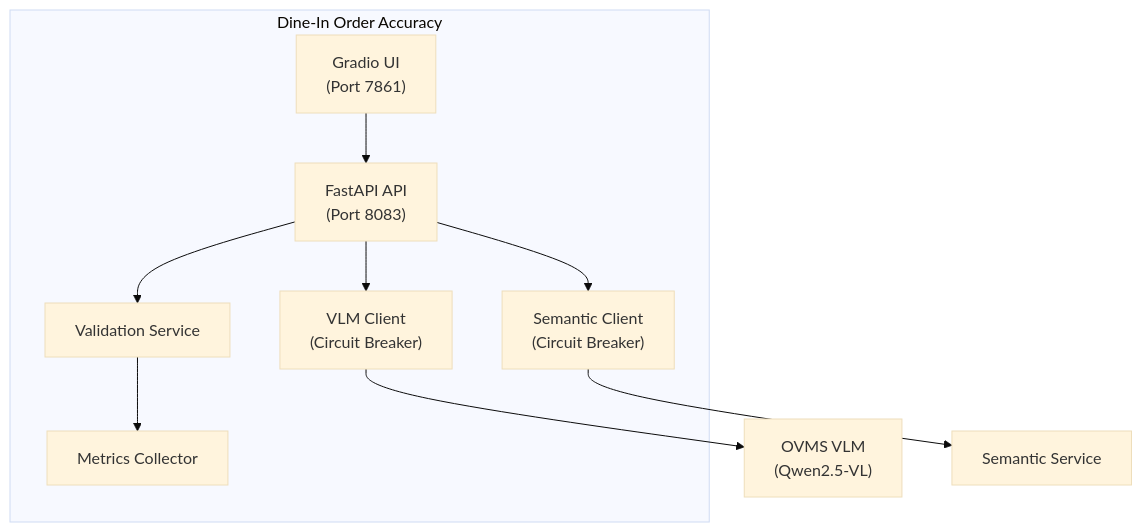
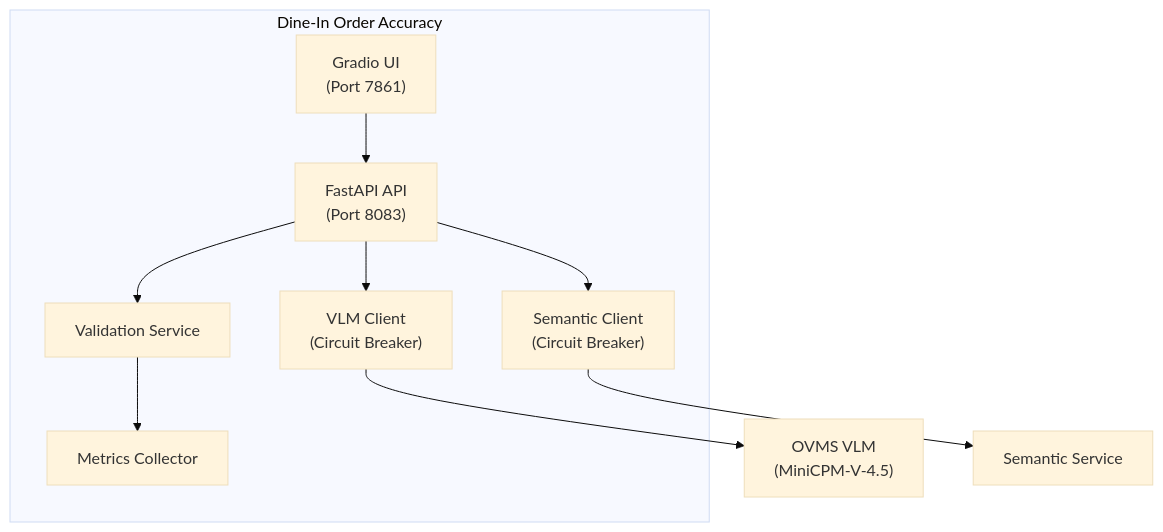
Before and after one commit to intel-retail/order-accuracy: the second of 4 diagrams in docs/user-guide/oa-how-it-works.md, drawn with Mermaid (base theme). The commit also changed other lines of this file and 28 other files, not shown here.

First line of the commit message:
feat(take-away): switch VLM to MiniCPM-V-4.5 INT4

````diff
--- a/docs/user-guide/oa-how-it-works.md
+++ b/docs/user-guide/oa-how-it-works.md
@@ -69,13 +69,13 @@
 ```mermaid
 flowchart TB
     subgraph DINEIN["Dine-In Order Accuracy"]
         DUI["Gradio UI<br/>(Port 7861)"] --> DAPI["FastAPI API<br/>(Port 8083)"]
         DAPI --> DVLM["VLM Client<br/>(Circuit Breaker)"]
         DAPI --> DSEM["Semantic Client<br/>(Circuit Breaker)"]
         DAPI --> DVS["Validation Service"]
         DVS --> DMET["Metrics Collector"]
     end
 
-    DVLM --> OVMS["OVMS VLM<br/>(Qwen2.5-VL)"]
+    DVLM --> OVMS["OVMS VLM<br/>(MiniCPM-V-4.5)"]
     DSEM --> SEM["Semantic Service"]
 ```
````
